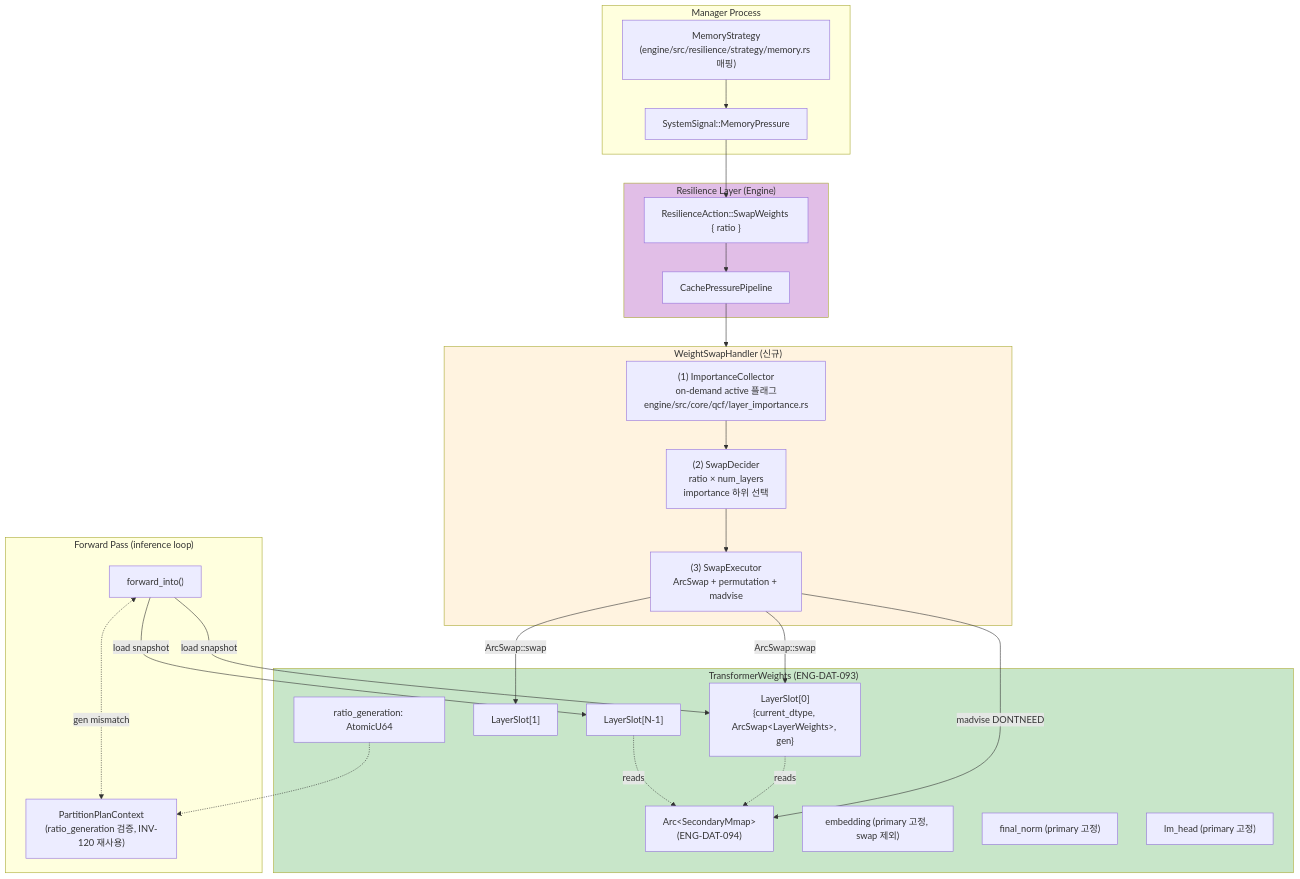
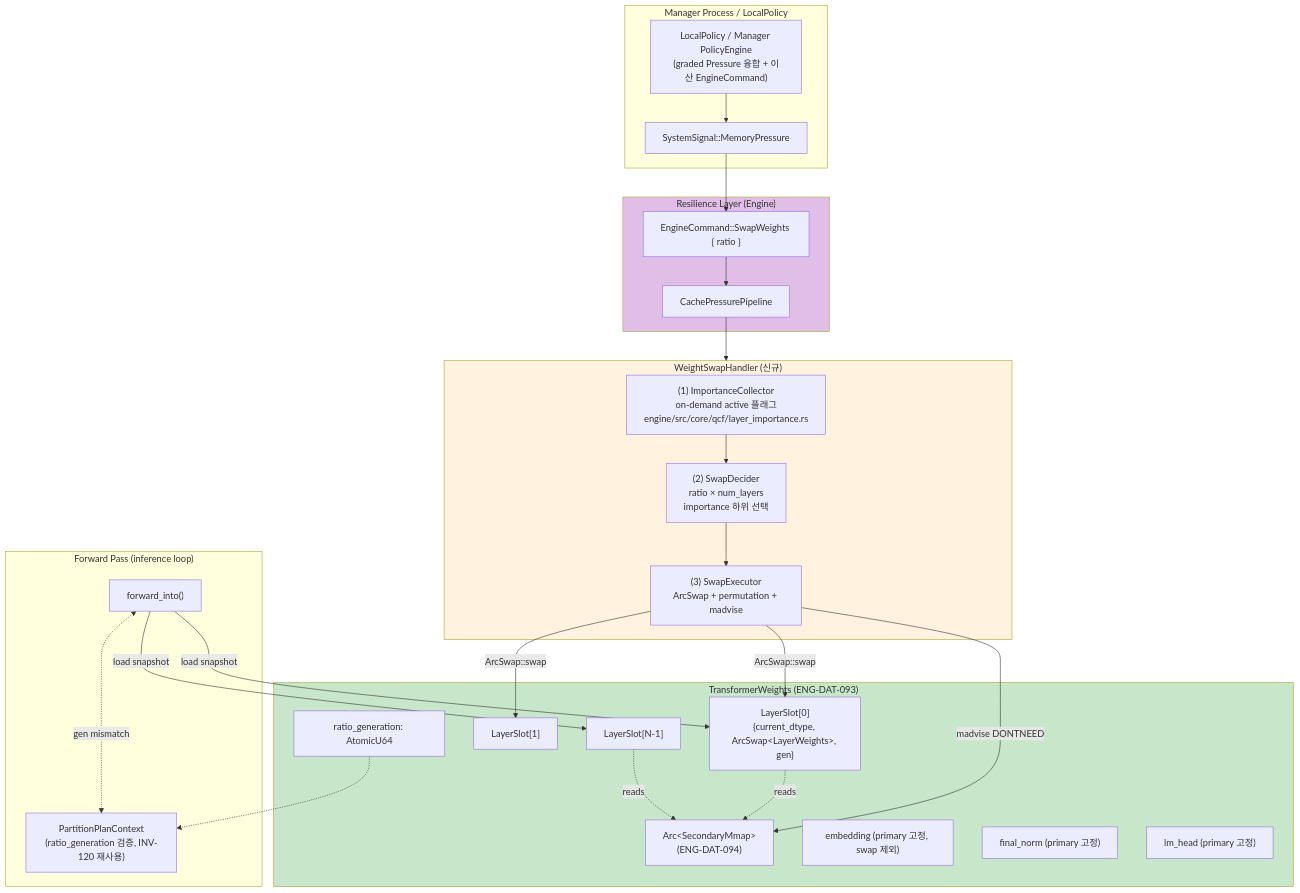
The first of 24 diagrams in arch/weight_swap.md (hedone21/llm_rs2), drawn with Mermaid before and after one commit. The commit also changed other lines of this file and 3 other files, not shown here.

First line of the commit message:
docs(arch): α-W-3 arch drift-sync — 구 resilience 어휘를 EngineCommand 단일로 정리

````diff
--- a/arch/weight_swap.md
+++ b/arch/weight_swap.md
@@ -44,55 +44,55 @@
 ```mermaid
 flowchart TB
-    subgraph MGR["Manager Process"]
-        MS["MemoryStrategy<br/>(engine/src/resilience/strategy/memory.rs 매핑)"]
+    subgraph MGR["Manager Process / LocalPolicy"]
+        MS["LocalPolicy / Manager PolicyEngine<br/>(graded Pressure 융합 + 이산 EngineCommand)"]
         SIG["SystemSignal::MemoryPressure"]
     end
 
     subgraph RES["Resilience Layer (Engine)"]
-        RA["ResilienceAction::SwapWeights { ratio }"]
+        RA["EngineCommand::SwapWeights { ratio }"]
         PIPE["CachePressurePipeline"]
     end
 
     subgraph HANDLER["WeightSwapHandler (신규)"]
         IC["(1) ImportanceCollector<br/>on-demand active 플래그<br/>engine/src/core/qcf/layer_importance.rs"]
         DEC["(2) SwapDecider<br/>ratio × num_layers<br/>importance 하위 선택"]
         EXE["(3) SwapExecutor<br/>ArcSwap + permutation + madvise"]
     end
 
     subgraph MODEL["TransformerWeights (ENG-DAT-093)"]
         LS0["LayerSlot[0]<br/>{current_dtype, ArcSwap&lt;LayerWeights&gt;, gen}"]
         LS1["LayerSlot[1]"]
         LSN["LayerSlot[N-1]"]
         MMAP["Arc&lt;SecondaryMmap&gt;<br/>(ENG-DAT-094)"]
         EMB["embedding (primary 고정, swap 제외)"]
         FN["final_norm (primary 고정)"]
         LMH["lm_head (primary 고정)"]
         RGEN["ratio_generation: AtomicU64"]
     end
 
     subgraph FORWARD["Forward Pass (inference loop)"]
         FP["forward_into()"]
         PLAN["PartitionPlanContext<br/>(ratio_generation 검증, INV-120 재사용)"]
     end
 
     MS --> SIG
     SIG --> RA
     RA --> PIPE
     PIPE --> HANDLER
     IC --> DEC
     DEC --> EXE
     EXE -->|ArcSwap::swap| LS0
     EXE -->|ArcSwap::swap| LS1
     EXE -->|madvise DONTNEED| MMAP
     LS0 -.reads.-> MMAP
     LSN -.reads.-> MMAP
 
     FP -->|load snapshot| LS0
     FP -->|load snapshot| LSN
     FP <-.gen mismatch.-> PLAN
     RGEN -.-> PLAN
 
     style HANDLER fill:#fff3e0
     style MODEL fill:#c8e6c9
     style RES fill:#e1bee7
 ```
````
